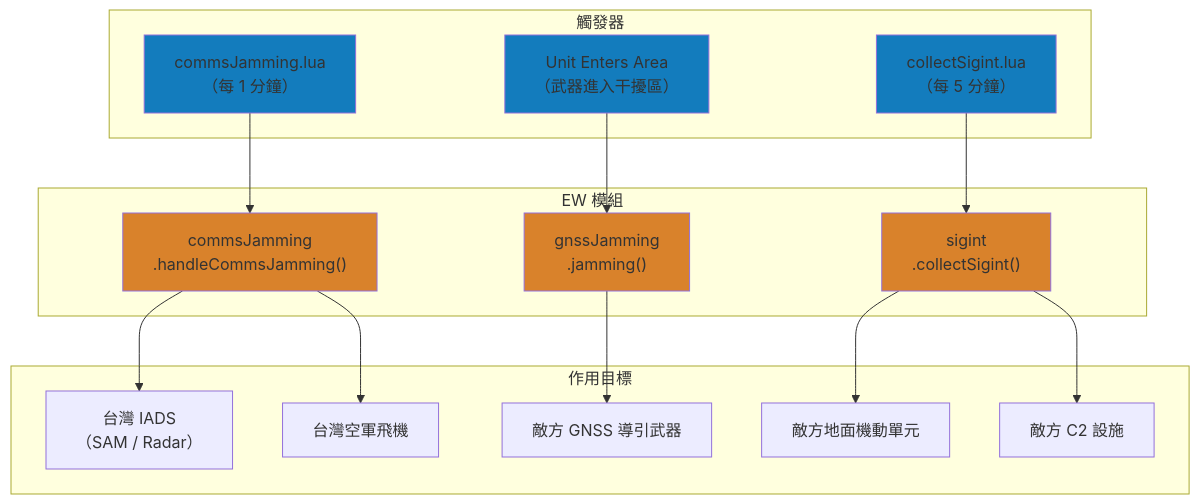
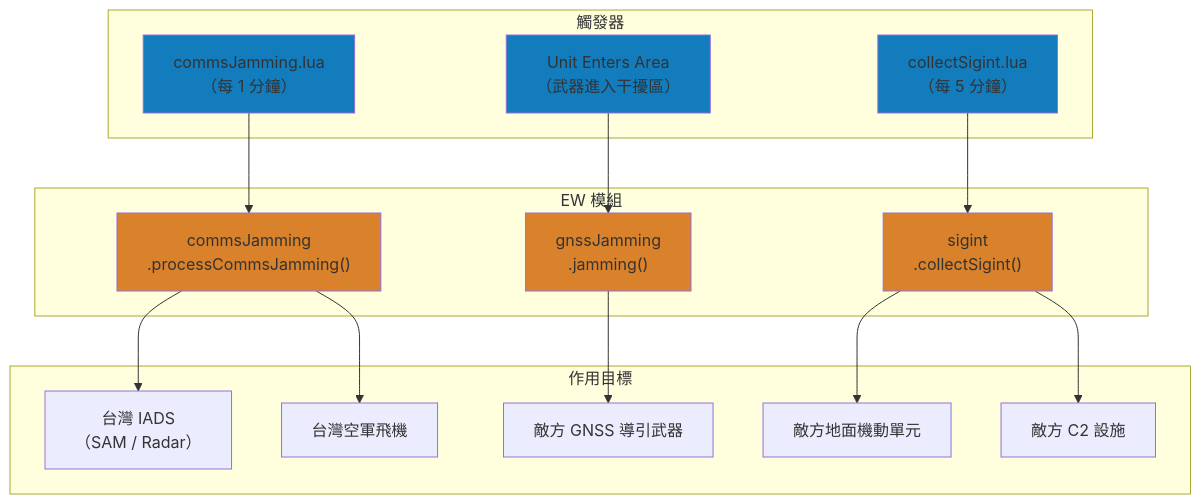
One commit to pullupjumper/formosa-in-flames changed the first of 3 diagrams in docs/ew/README.md. Above: the diagram before and after it, drawn with Mermaid. The commit also changed 93 other files, not shown here.

````diff
--- a/docs/ew/README.md
+++ b/docs/ew/README.md
@@ -39,39 +39,39 @@
 ```mermaid
 flowchart TB
     subgraph 觸發器
         T1["commsJamming.lua<br>（每 1 分鐘）"]
         T2["Unit Enters Area<br>（武器進入干擾區）"]
         T3["collectSigint.lua<br>（每 5 分鐘）"]
     end
 
     subgraph EW 模組
-        CJ["commsJamming<br>.handleCommsJamming()"]
+        CJ["commsJamming<br>.processCommsJamming()"]
         GJ["gnssJamming<br>.jamming()"]
         SI["sigint<br>.collectSigint()"]
     end
 
     subgraph 作用目標
         IADS["台灣 IADS<br>（SAM / Radar）"]
         AC["台灣空軍飛機"]
         WPN["敵方 GNSS 導引武器"]
         GND["敵方地面機動單元"]
         C2["敵方 C2 設施"]
     end
 
     T1 --> CJ
     T2 --> GJ
     T3 --> SI
 
     CJ --> IADS
     CJ --> AC
     GJ --> WPN
     SI --> GND
     SI --> C2
 
     style T1 fill:#137cbd
     style T2 fill:#137cbd
     style T3 fill:#137cbd
     style CJ fill:#d9822b
     style GJ fill:#d9822b
     style SI fill:#d9822b
 ```
````
